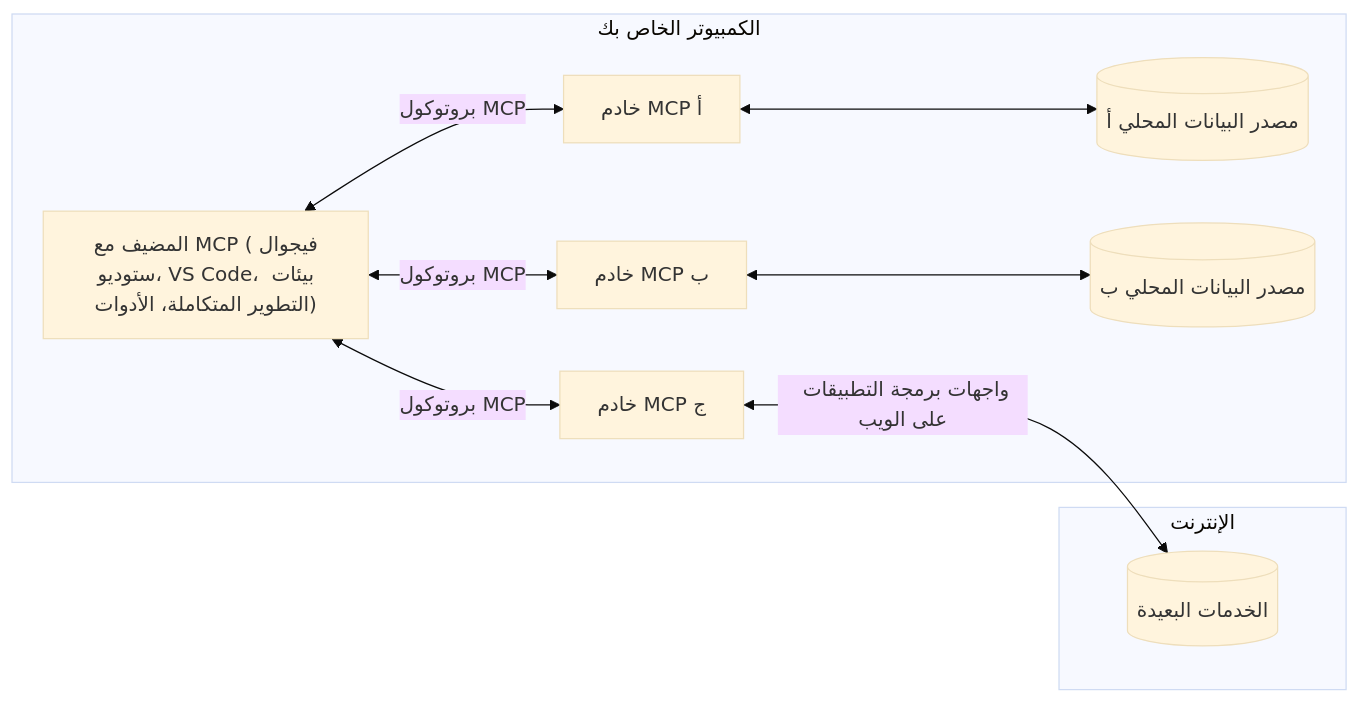
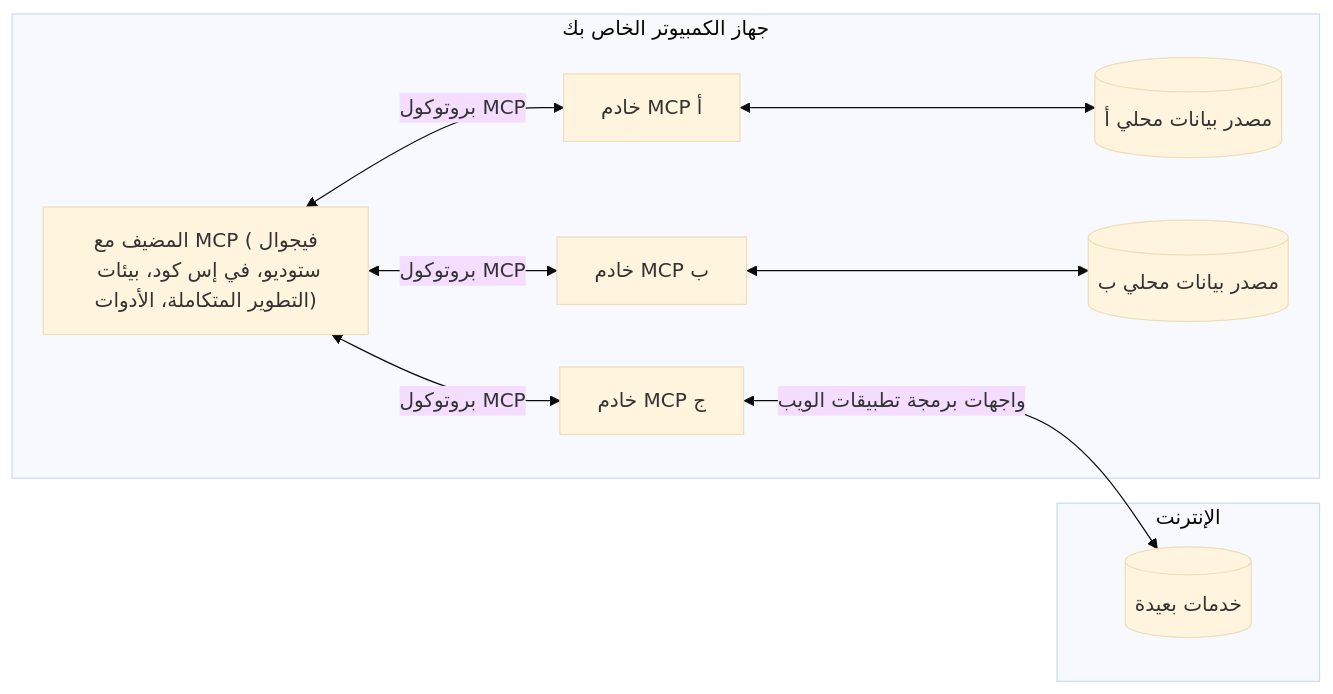
The diagram in translations/ar/01-CoreConcepts/README.md (Mu-L/mcp-for-beginners), drawn with Mermaid (base theme) before and after one commit. The commit also changed other lines of this file and 5 other files, not shown here.

````diff
--- a/translations/ar/01-CoreConcepts/README.md
+++ b/translations/ar/01-CoreConcepts/README.md
@@ -45,17 +45,17 @@
 ```mermaid
 flowchart LR
-    subgraph "الكمبيوتر الخاص بك"
-        Host["المضيف مع MCP (فيجوال ستوديو، VS Code، بيئات التطوير المتكاملة، الأدوات)"]
+    subgraph "جهاز الكمبيوتر الخاص بك"
+        Host["المضيف مع MCP (فيجوال ستوديو، في إس كود، بيئات التطوير المتكاملة، الأدوات)"]
         S1["خادم MCP أ"]
         S2["خادم MCP ب"]
         S3["خادم MCP ج"]
         Host <-->|"بروتوكول MCP"| S1
         Host <-->|"بروتوكول MCP"| S2
         Host <-->|"بروتوكول MCP"| S3
-        S1 <--> D1[("مصدر البيانات المحلي أ")]
-        S2 <--> D2[("مصدر البيانات المحلي ب")]
+        S1 <--> D1[("مصدر بيانات محلي أ")]
+        S2 <--> D2[("مصدر بيانات محلي ب")]
     end
     subgraph "الإنترنت"
-        S3 <-->|"واجهات برمجة التطبيقات على الويب"| D3[("الخدمات البعيدة")]
+        S3 <-->|"واجهات برمجة تطبيقات الويب"| D3[("خدمات بعيدة")]
     end
 ```
````
